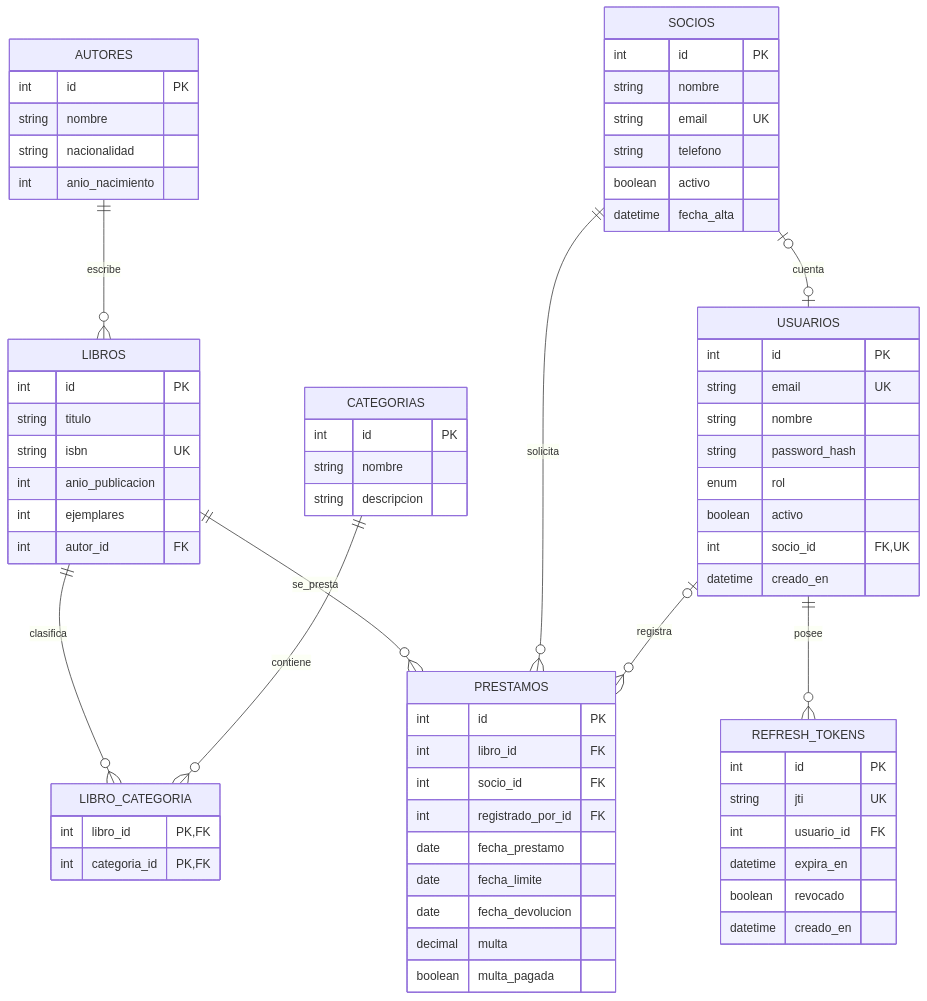
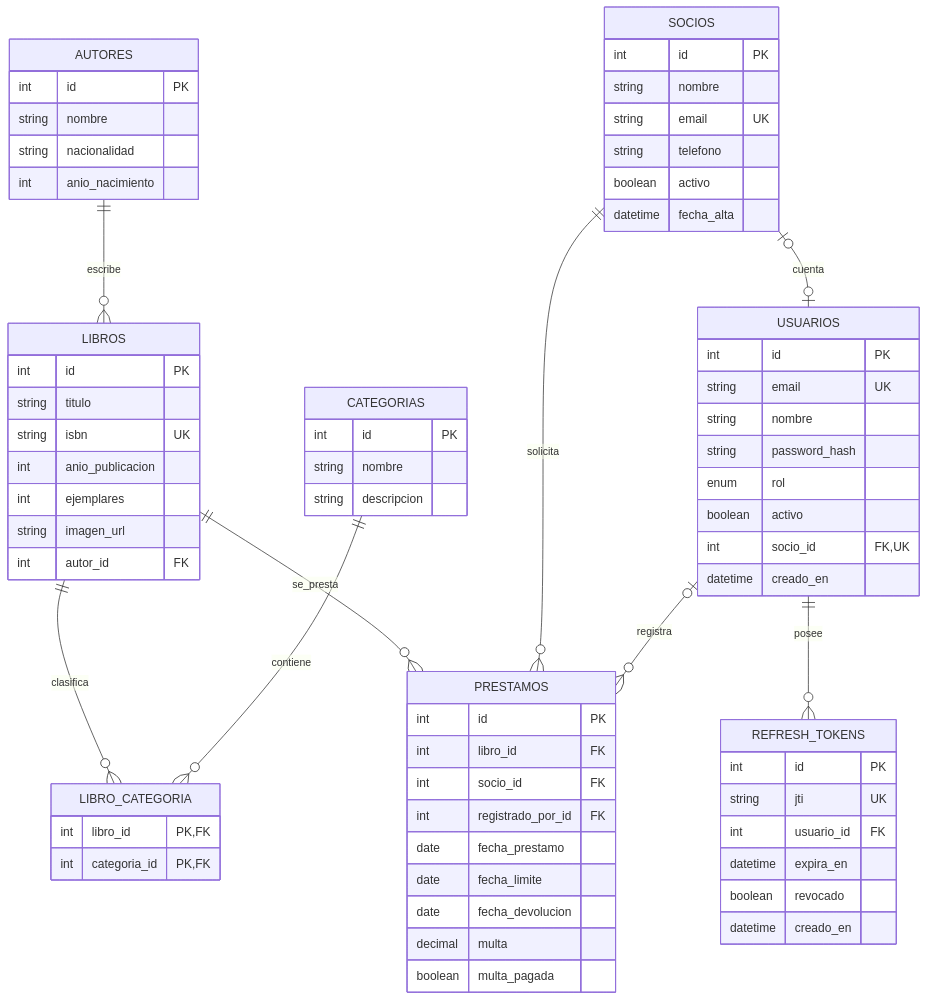
The third of 3 diagrams in README.md (johan-pollo/biblioteca), drawn with Mermaid before and after one commit. The commit also changed other lines of this file and 11 other files, not shown here.

````diff
--- a/README.md
+++ b/README.md
@@ -109,72 +110,73 @@
 ```mermaid
 erDiagram
     AUTORES ||--o{ LIBROS : escribe
     LIBROS ||--o{ LIBRO_CATEGORIA : clasifica
     CATEGORIAS ||--o{ LIBRO_CATEGORIA : contiene
     LIBROS ||--o{ PRESTAMOS : se_presta
     SOCIOS ||--o{ PRESTAMOS : solicita
     SOCIOS o|--o| USUARIOS : cuenta
     USUARIOS ||--o{ REFRESH_TOKENS : posee
     USUARIOS o|--o{ PRESTAMOS : registra
 
     AUTORES {
         int id PK
         string nombre
         string nacionalidad
         int anio_nacimiento
     }
     CATEGORIAS {
         int id PK
         string nombre
         string descripcion
     }
     LIBROS {
         int id PK
         string titulo
         string isbn UK
         int anio_publicacion
         int ejemplares
+        string imagen_url
         int autor_id FK
     }
     LIBRO_CATEGORIA {
         int libro_id PK, FK
         int categoria_id PK, FK
     }
     SOCIOS {
         int id PK
         string nombre
         string email UK
         string telefono
         boolean activo
         datetime fecha_alta
     }
     USUARIOS {
         int id PK
         string email UK
         string nombre
         string password_hash
         enum rol
         boolean activo
         int socio_id FK, UK
         datetime creado_en
     }
     REFRESH_TOKENS {
         int id PK
         string jti UK
         int usuario_id FK
         datetime expira_en
         boolean revocado
         datetime creado_en
     }
     PRESTAMOS {
         int id PK
         int libro_id FK
         int socio_id FK
         int registrado_por_id FK
         date fecha_prestamo
         date fecha_limite
         date fecha_devolucion
         decimal multa
         boolean multa_pagada
     }
 ```
````
